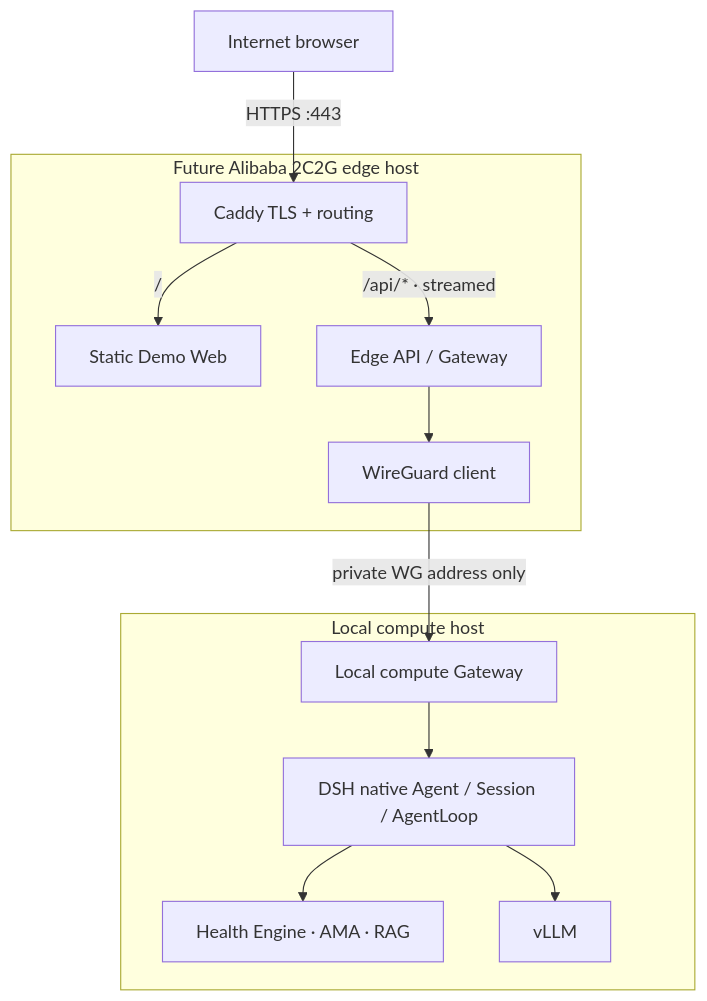
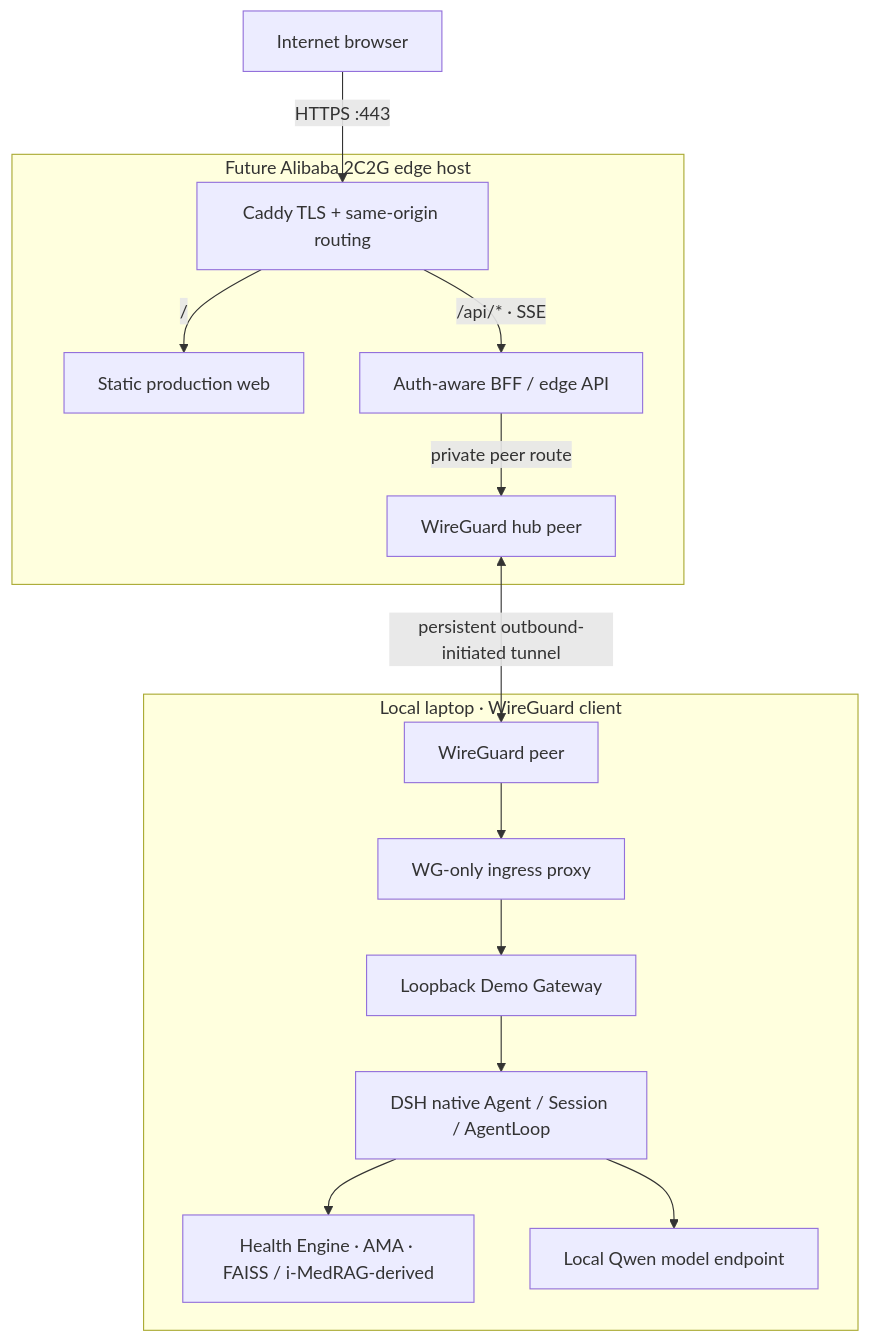
Before and after one commit to Bubblevan/Huiyi-MedHarness: the diagram in docs/demo/edge-migration.md, drawn with Mermaid. The commit also changed other lines of this file and 10 other files, not shown here.

Commit message:
feat: run local rag with synthetic patient memory

````diff
--- a/docs/demo/edge-migration.md
+++ b/docs/demo/edge-migration.md
@@ -5,19 +5,25 @@
 ```mermaid
 flowchart TB
   I[Internet browser] -->|HTTPS :443| C
   subgraph E[Future Alibaba 2C2G edge host]
-    C[Caddy TLS + routing]
-    S[Static Demo Web]
-    A[Edge API / Gateway]
-    W[WireGuard client]
+    C[Caddy TLS + same-origin routing]
+    S[Static production web]
+    A[Auth-aware BFF / edge API]
+    W[WireGuard hub peer]
     C -->|/| S
-    C -->|/api/* · streamed| A
-    A --> W
+    C -->|/api/* · SSE| A
+    A -->|private peer route| W
   end
-  W -->|private WG address only| G[Local compute Gateway]
-  subgraph L[Local compute host]
-    G --> D[DSH native Agent / Session / AgentLoop]
-    D --> H[Health Engine · AMA · RAG]
-    D --> V[vLLM]
+  W <-->|persistent outbound-initiated tunnel| WG
+  subgraph LAP[Local laptop · WireGuard client]
+    WG[WireGuard peer]
+    P[WG-only ingress proxy]
+    G[Loopback Demo Gateway]
+    D[DSH native Agent / Session / AgentLoop]
+    H[Health Engine · AMA · FAISS / i-MedRAG-derived]
+    V[Local Qwen model endpoint]
+    WG --> P --> G --> D
+    D --> H
+    D --> V
   end
 ```
````
